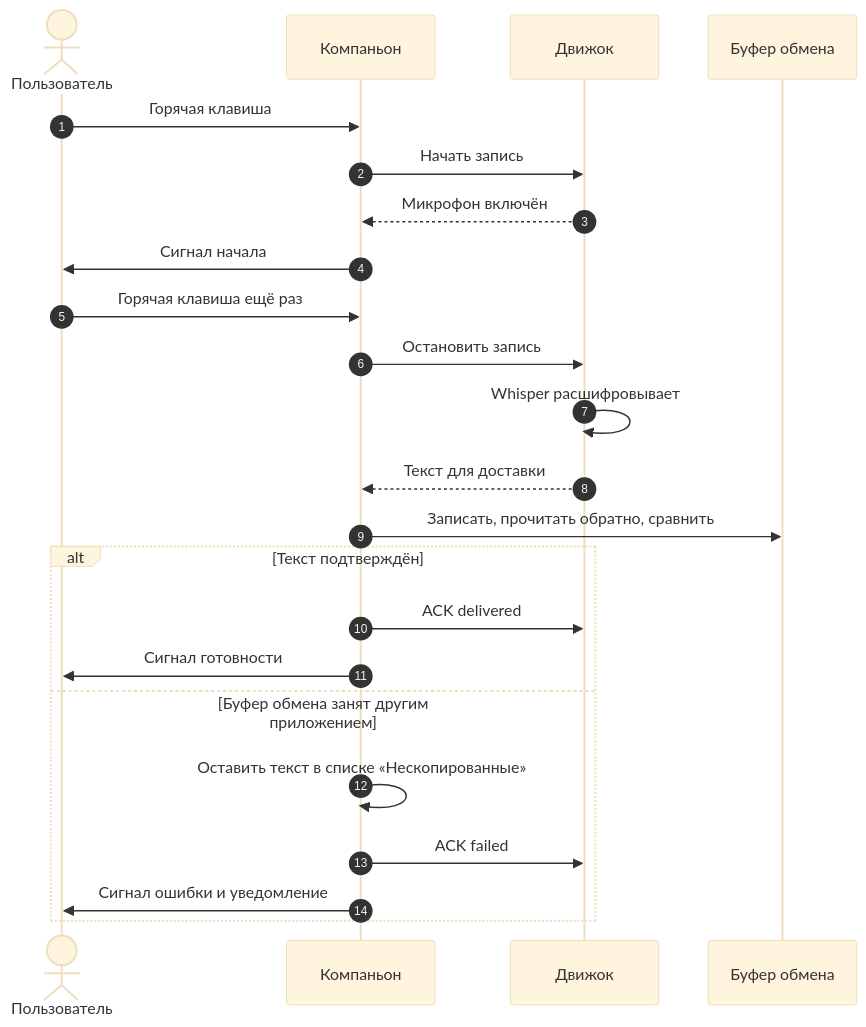
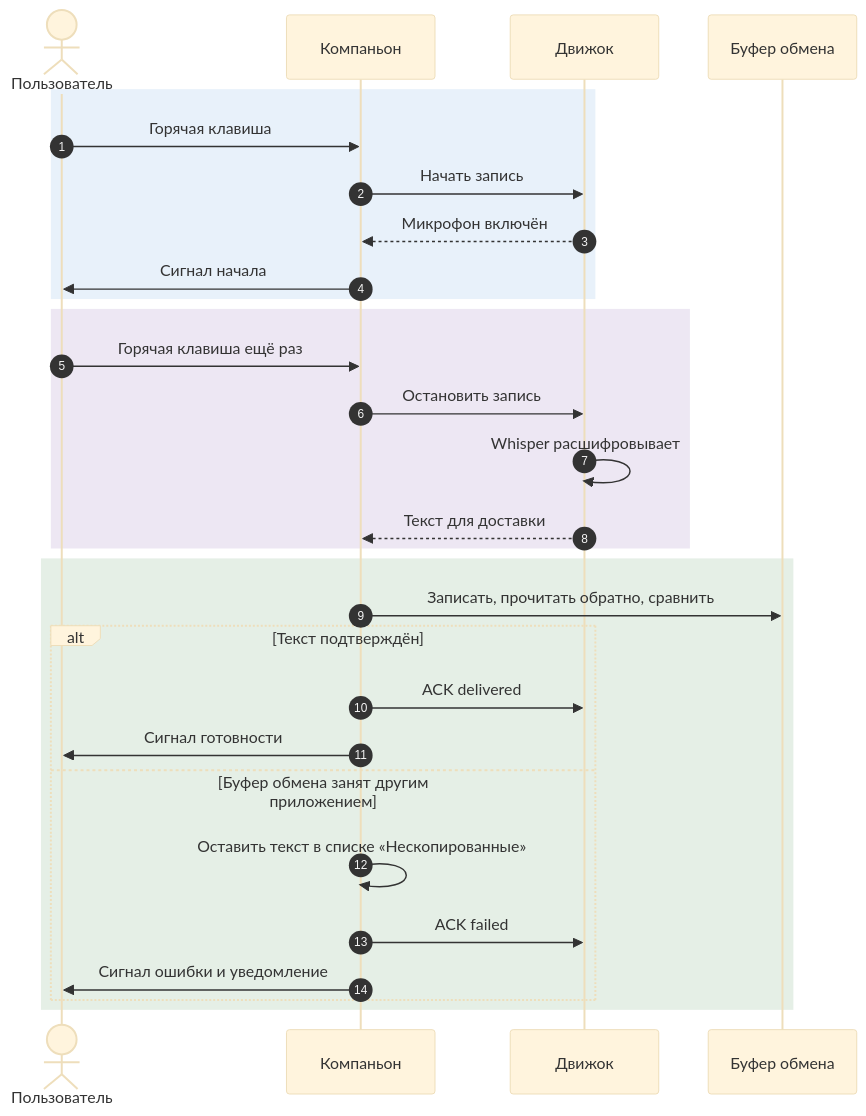
Before and after one commit to nano-br/voice-mate: the third of 6 diagrams in README.ru.md, drawn with Mermaid (base theme). The commit also changed other lines of this file and 76 other files, not shown here.

````diff
--- a/README.ru.md
+++ b/README.ru.md
@@ -206,25 +302,31 @@
 ```mermaid
 sequenceDiagram
     autonumber
     actor U as Пользователь
     participant C as Компаньон
     participant E as Движок
     participant CB as Буфер обмена
-    U->>C: Горячая клавиша
-    C->>E: Начать запись
-    E-->>C: Микрофон включён
-    C->>U: Сигнал начала
-    U->>C: Горячая клавиша ещё раз
-    C->>E: Остановить запись
-    E->>E: Whisper расшифровывает
-    E-->>C: Текст для доставки
-    C->>CB: Записать, прочитать обратно, сравнить
-    alt Текст подтверждён
-        C->>E: ACK delivered
-        C->>U: Сигнал готовности
-    else Буфер обмена занят другим приложением
-        C->>C: Оставить текст в списке «Нескопированные»
-        C->>E: ACK failed
-        C->>U: Сигнал ошибки и уведомление
+    rect rgba(67,141,213,0.12)
+        U->>C: Горячая клавиша
+        C->>E: Начать запись
+        E-->>C: Микрофон включён
+        C->>U: Сигнал начала
+    end
+    rect rgba(106,61,154,0.12)
+        U->>C: Горячая клавиша ещё раз
+        C->>E: Остановить запись
+        E->>E: Whisper расшифровывает
+        E-->>C: Текст для доставки
+    end
+    rect rgba(46,125,50,0.12)
+        C->>CB: Записать, прочитать обратно, сравнить
+        alt Текст подтверждён
+            C->>E: ACK delivered
+            C->>U: Сигнал готовности
+        else Буфер обмена занят другим приложением
+            C->>C: Оставить текст в списке «Нескопированные»
+            C->>E: ACK failed
+            C->>U: Сигнал ошибки и уведомление
+        end
     end
 ```
````
